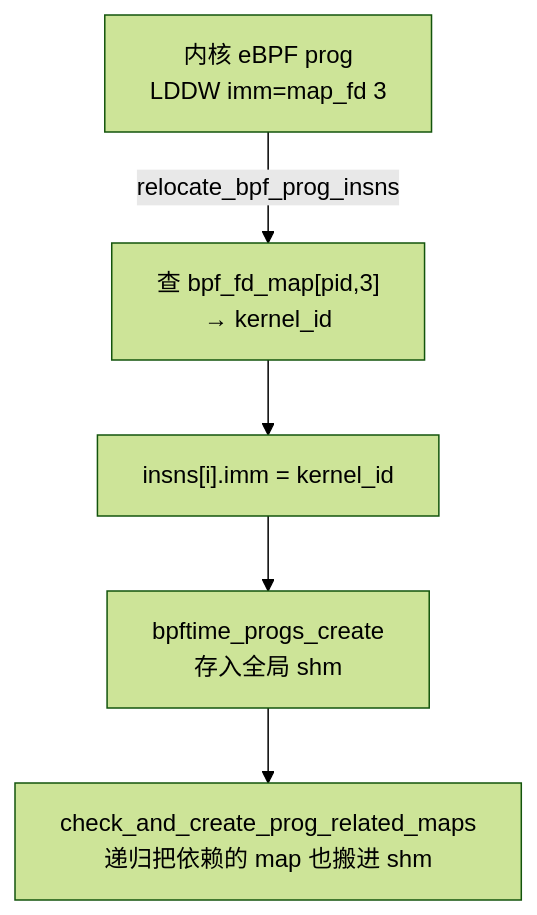
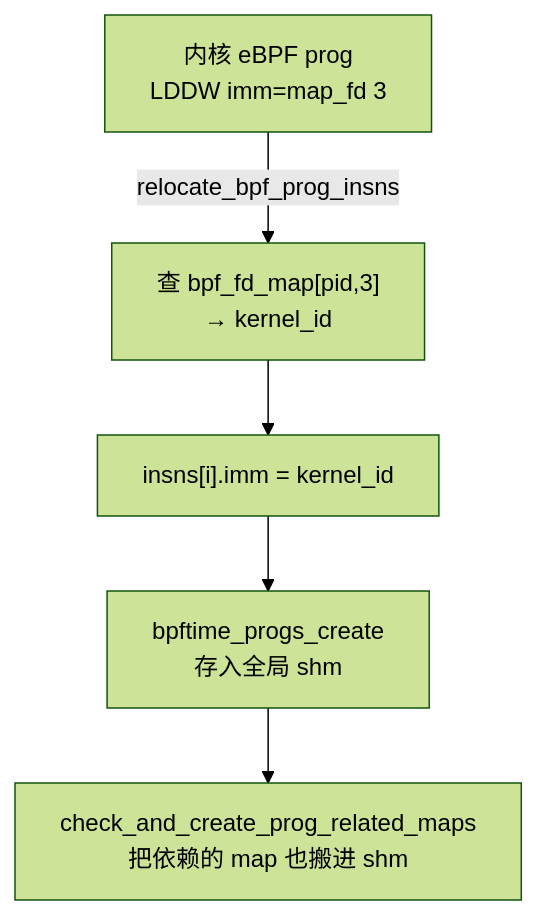
Before and after one commit to plsy1/bpftime-benchmark: the second of 2 diagrams in 07-periphery.md, drawn with Mermaid (forest theme). The commit also changed other lines of this file and 9 other files, not shown here.

````diff
--- a/07-periphery.md
+++ b/07-periphery.md
@@ -107,7 +121,7 @@
 ```mermaid
 graph TD
     A["内核 eBPF prog<br/>LDDW imm=map_fd 3"] -->|relocate_bpf_prog_insns| B["查 bpf_fd_map[pid,3]<br/>→ kernel_id"]
     B --> C["insns[i].imm = kernel_id"]
     C --> D["bpftime_progs_create<br/>存入全局 shm"]
-    D --> E["check_and_create_prog_related_maps<br/>递归把依赖的 map 也搬进 shm"]
+    D --> E["check_and_create_prog_related_maps<br/>把依赖的 map 也搬进 shm"]
 ```
````
